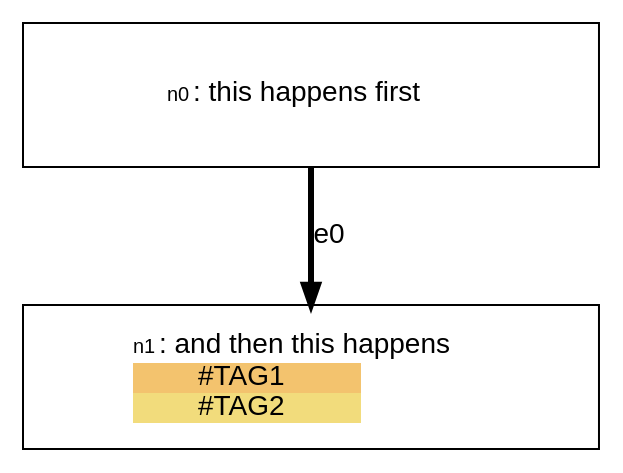
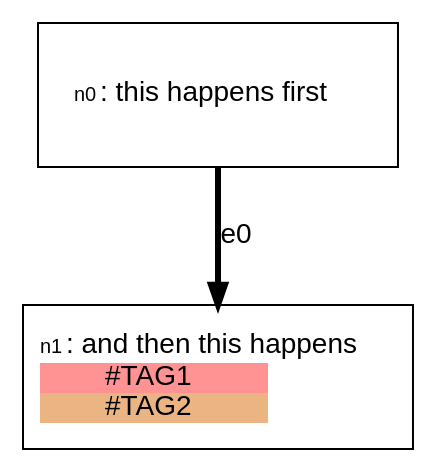
Before and after one commit to stevecooperorg/microdot: the diagram in examples/readme_example_1.dot, drawn with Graphviz. The commit also changed 15 other files, not shown here.

```diff
--- a/examples/readme_example_1.dot
+++ b/examples/readme_example_1.dot
@@ -1,34 +1,34 @@
 digraph {
 
     graph [fontname = "helvetica" rankdir="TB" ranksep=0.75 nodesep=0.5];
-    node [fontname = "helvetica" shape = "box" width=2.5 style=filled];
+    node [fontname = "helvetica" shape = "box" width=2.5 height=1 style=filled];
     edge [fontname = "helvetica" penwidth=3 color="#000000"];
 
-    n0 [width=4 height=1 label=< <TABLE BORDER="0" CELLPADDING="0" CELLSPACING="0">
+    n0 [label=< <TABLE BORDER="0" CELLPADDING="0" CELLSPACING="0">
     <TR>
         <TD COLSPAN="1"><FONT POINT-SIZE="10">n0</FONT>: this happens first</TD>
     </TR>
     
    </TABLE>
 > fillcolor="#FFFFFF"]
-    n1 [width=4 height=1 label=< <TABLE BORDER="0" CELLPADDING="0" CELLSPACING="0">
+    n1 [label=< <TABLE BORDER="0" CELLPADDING="0" CELLSPACING="0">
     <TR>
         <TD COLSPAN="2"><FONT POINT-SIZE="10">n1</FONT>: and then this happens</TD>
     </TR>
     
         
            <TR>
-<TD BGCOLOR="#F3C36E">#TAG1</TD>
+<TD BGCOLOR="#FF9292">#TAG1</TD>
 </TR>
         
            <TR>
-<TD BGCOLOR="#F2DC7C">#TAG2</TD>
+<TD BGCOLOR="#EAB583">#TAG2</TD>
 </TR>
         
     
    </TABLE>
 > fillcolor="#FFFFFF"]
 
     "n0" -> "n1" [label="e0"];
 
 }
```
